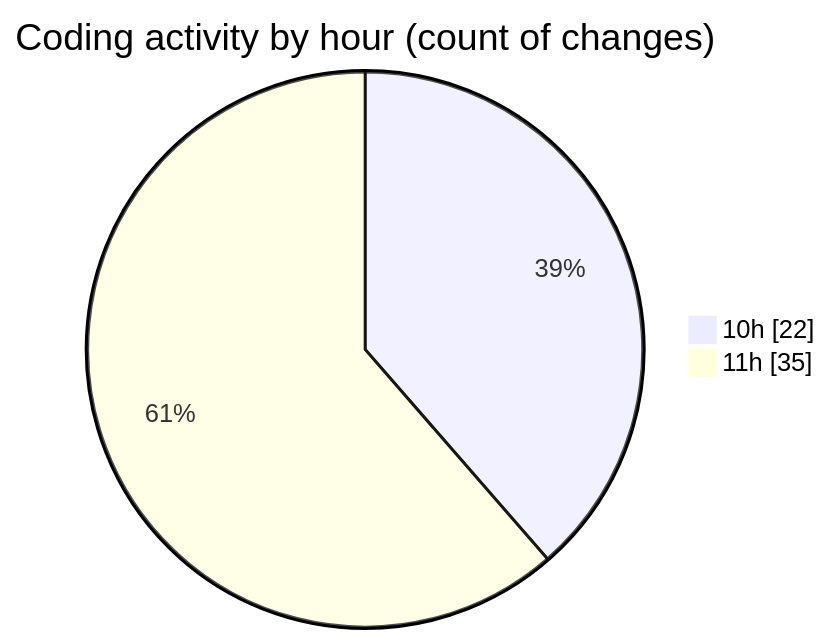
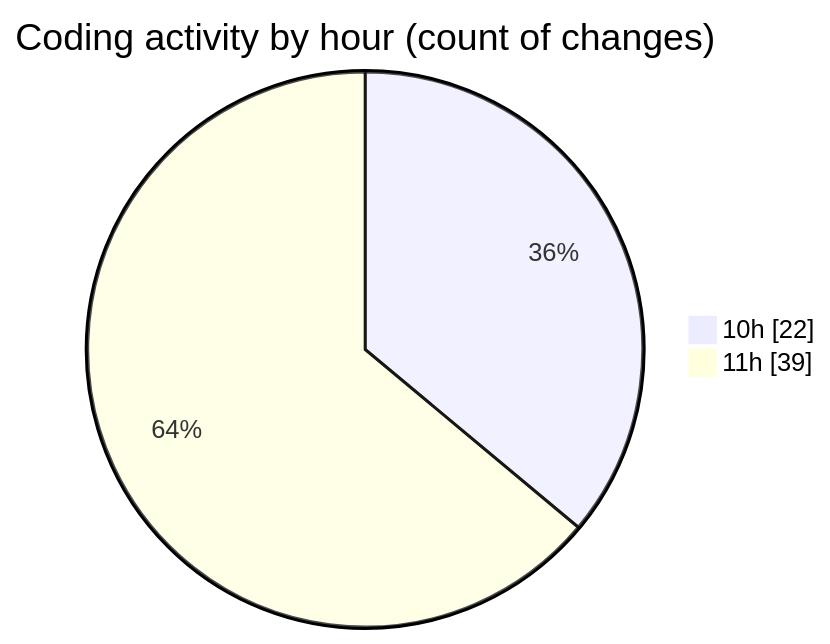
One commit to momahboobian/code-tracking changed the second of 2 diagrams in 2025-04-29/cda/README.md. Above: the diagram before and after it, drawn with Mermaid. The commit also changed other lines of this file and 1 other file, not shown here.

````diff
--- a/2025-04-29/cda/README.md
+++ b/2025-04-29/cda/README.md
@@ -38,6 +40,6 @@
 ```mermaid
 pie showData
 title Coding activity by hour (count of changes)
 "10h" : 22
-"11h" : 35
+"11h" : 39
 ```
````
